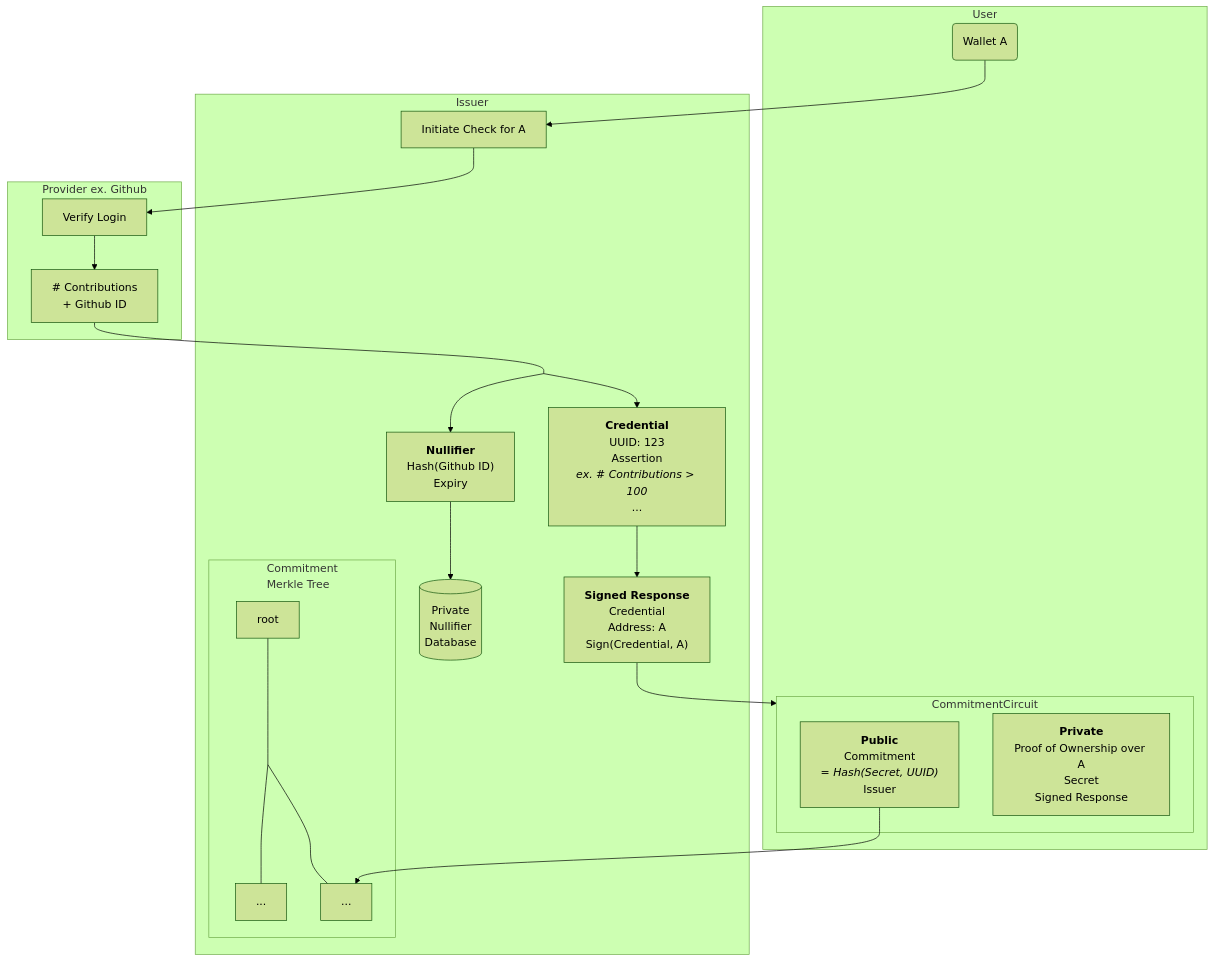
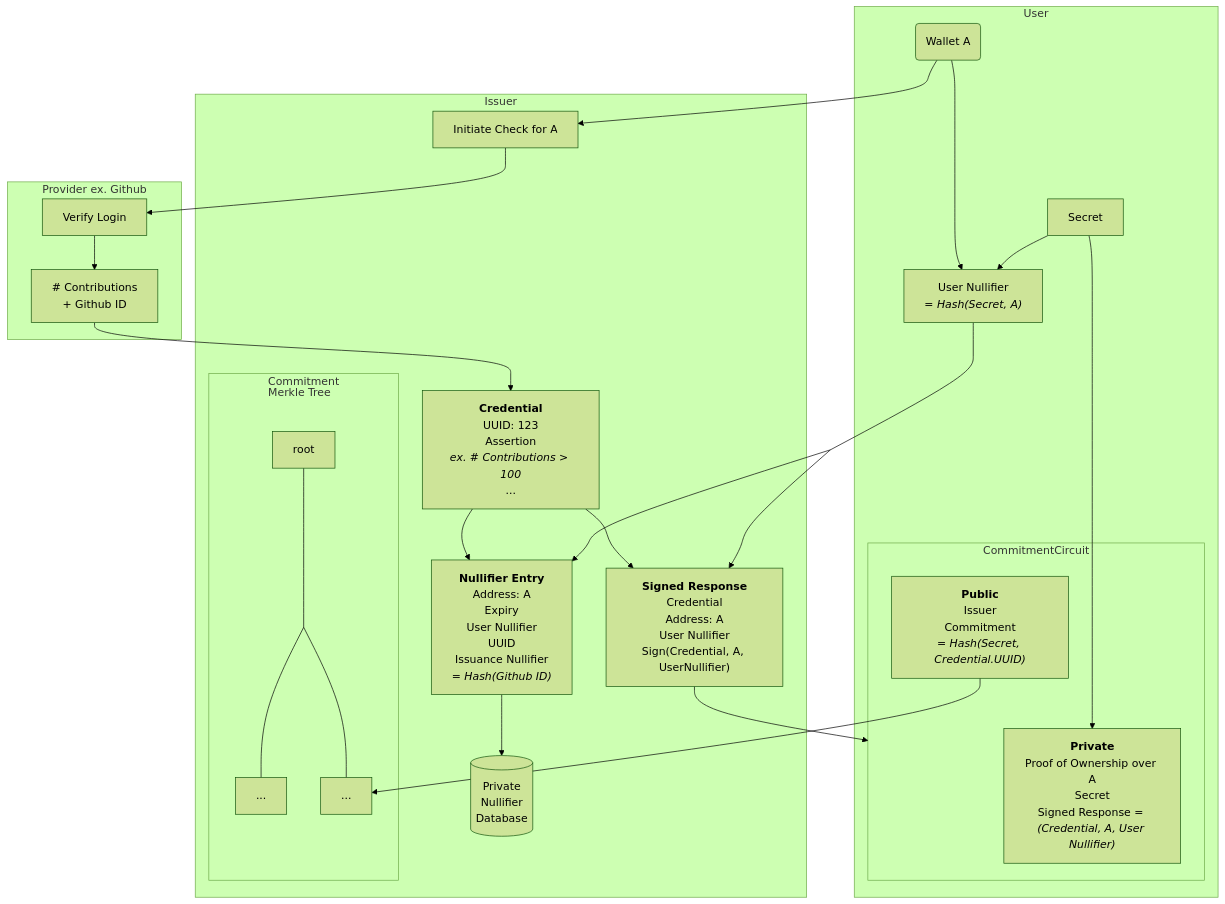
Before and after one commit to passportxyz/passport: the diagram in circuits/docs/issuance.mmd, drawn with Mermaid (forest theme). The commit also changed 2 other files, not shown here.

Commit message:
finished second draft diagrams

```diff
--- a/circuits/docs/issuance.mmd
+++ b/circuits/docs/issuance.mmd
@@ -1,45 +1,56 @@
 graph TB
-
+    %%{init: {"flowchart": {"htmlLabels": false}} }%%
+    classDef empty width:0px,height:0px;
     A(Wallet A)-->Process[Initiate Check for A]
     Process-->Verify
-    Data[# Contributions\n+ Github ID]---ProcessProviderResponse[ ]:::empty
+    Data[# Contributions\n+ Github ID]-->Credential
     SignedResponse["`**Signed Response**
       Credential
       Address: A
-      Sign(Credential, A)`"]-->CommitmentCircuit
+      User Nullifier
+      Sign(Credential, A, UserNullifier)`"]-->CommitmentCircuit
     subgraph User
-      A
+      A-->UserNullifier
+      Secret-->UserNullifier["`User Nullifier
+      *= Hash(Secret, A)*`"]
+      Secret-->CommitmentPrivate
       subgraph CommitmentCircuit
         CommitmentPublic["`**Public**
+          Issuer
           Commitment
-          *= Hash(Secret, UUID)*
-          Issuer`"]
+          *= Hash(Secret, Credential.UUID)*`"]
         CommitmentPrivate["`**Private**
           Proof of Ownership over A
           Secret
-          Signed Response`"]
+          Signed Response *= (Credential, A, User Nullifier)*`"]
       end
     end
     subgraph Issuer
       Process
-      ProcessProviderResponse-->Nullifier["`**Nullifier**
-        Hash(Github ID)
-        Expiry`"]
-      ProcessProviderResponse-->Credential["`**Credential**
+      Credential["`**Credential**
         UUID: 123
         Assertion
         *ex. # Contributions > 100*
         ...`"]
+      Credential-->IssuanceNullifier["`**Nullifier Entry**
+        Address: A
+        Expiry
+        User Nullifier
+        UUID
+        Issuance Nullifier
+        *= Hash(Github ID)*`"]
       Credential-->SignedResponse
-      Nullifier-->NullifierDB[(Private\nNullifier\nDatabase)]
+      IssuanceNullifier-->NullifierDB[(Private\nNullifier\nDatabase)]
       subgraph Commitment\nMerkle Tree
         MerkleRoot[root]---MerkleSplitter[ ]:::empty
         MerkleSplitter---MerkleLeaf1[...]
         MerkleSplitter---MerkleLeaf2[...]
       end
     end
     subgraph Provider ex. Github
       Verify[Verify Login]-->Data
     end
+    UserNullifier---UserNullifierSplitter[ ]:::empty
+    UserNullifierSplitter-->IssuanceNullifier
+    UserNullifierSplitter-->SignedResponse
     CommitmentPublic-->MerkleLeaf2
-    classDef empty width:0px,height:0px;
```
